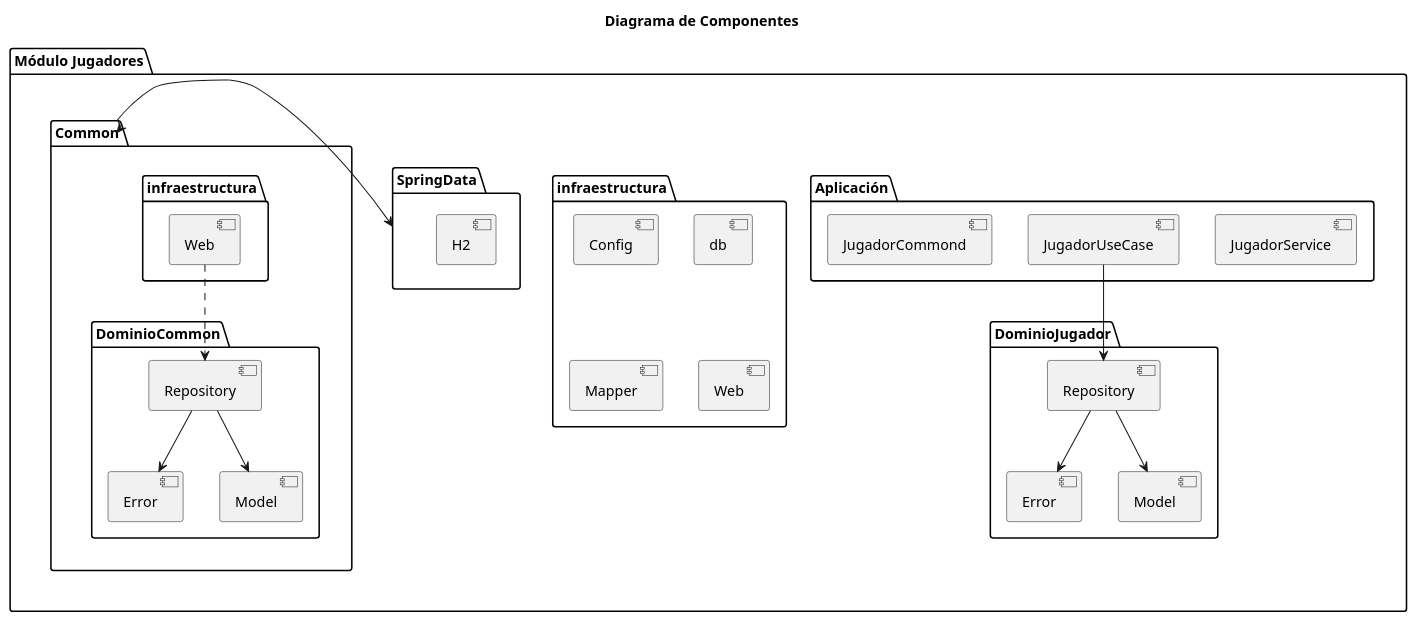
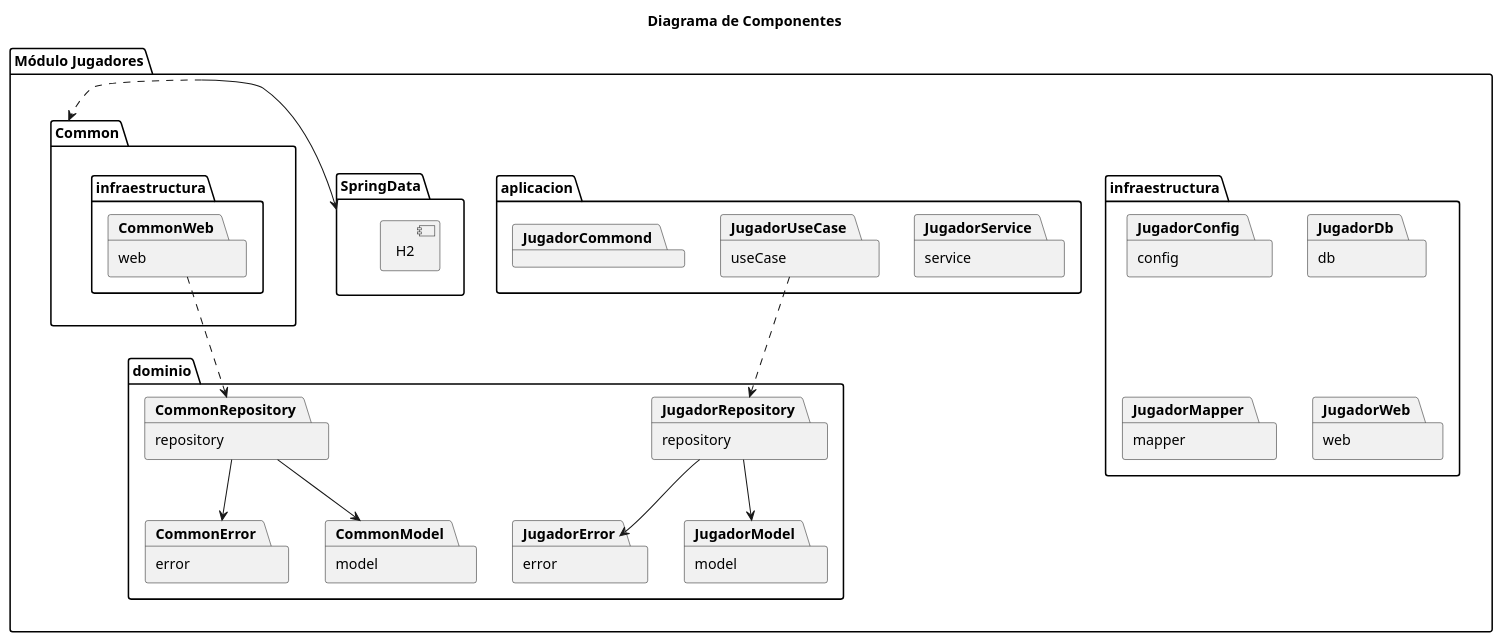
The diagram in doc/arquitectura/componente.plantuml (Jorgepd999/api-java-SpringBoot-Escuela-de-Futbol), drawn with PlantUML before and after one commit. The commit also changed 4 other files, not shown here.

Commit message:
add diagramas

```diff
--- a/doc/arquitectura/componente.plantuml
+++ b/doc/arquitectura/componente.plantuml
@@ -1,55 +1,54 @@
 @startuml
 title Diagrama de Componentes
 
 package "Módulo Jugadores" as Jugador{
 
-    package "Aplicación" {
-        component "JugadorService" as JugadorService
-        component "JugadorUseCase" as JugadorUseCase
-        component "JugadorCommond" as JugadorCommond
+    package "aplicacion" {
+        package "service" as JugadorService
+        package "useCase" as JugadorUseCase
+        package "JugadorCommond" as JugadorCommond
     }
 
-    package "DominioJugador" {
-        component "Error" as JugadorError
-        component "Model" as JugadorModel
-        component "Repository" as JugadorRepository
+    package "dominio" {
+        package "error" as JugadorError
+        package "model" as JugadorModel
+        package "repository" as JugadorRepository
     }
 
     package "infraestructura" as ij{
-        component "Config" as JugadorConfig
-        component "db" as JugadorDb
-        component "Mapper" as JugadorMapper
-        component "Web" as JugadorWeb
+        package "config" as JugadorConfig
+        package "db" as JugadorDb
+        package "mapper" as JugadorMapper
+        package "web" as JugadorWeb
     }
 
 
-    JugadorUseCase --> JugadorRepository
+    JugadorUseCase ..> JugadorRepository
     JugadorRepository --> JugadorModel
     JugadorRepository --> JugadorError
 
     Jugador --> SpringData
-    Jugador --> Common
+    Jugador ..> Common
 }
 
 package "Módulo Common" as Common {
 
-    package "DominioCommon" {
-        component "Error" as CommonError
-        component "Model" as CommonModel
-        component "Repository" as CommonRepository
+    package "dominio" {
+        package "error" as CommonError
+        package "model" as CommonModel
+        package "repository" as CommonRepository
     }
 
     package "infraestructura" as iw{
-       component "Web" as CommonWeb
+       package "web" as CommonWeb
     }
 
     CommonWeb ..> CommonRepository
     CommonRepository --> CommonModel
     CommonRepository --> CommonError
 }
 
 package "Spring data" as SpringData{
     component "H2"
 }
-
 @enduml
```
